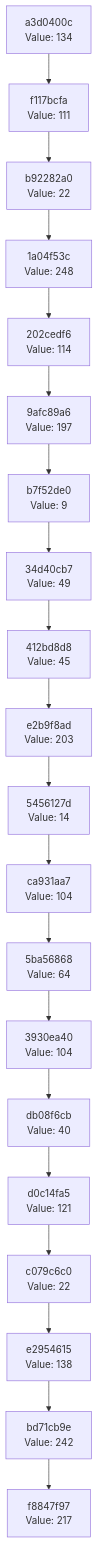
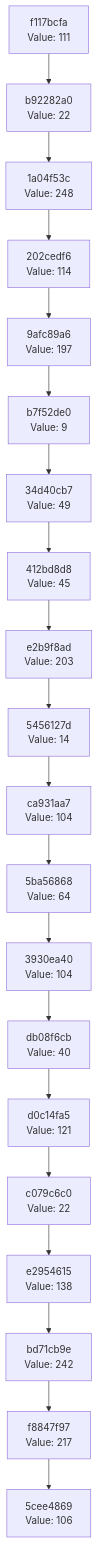
One commit to Abhisheksinha1506/hash-chain-evolver changed the diagram in docs/CHAIN_VISUALIZATION.md. Above: the diagram before and after it, drawn with Mermaid. The commit also changed 3 other files, not shown here.

````diff
--- a/docs/CHAIN_VISUALIZATION.md
+++ b/docs/CHAIN_VISUALIZATION.md
@@ -3,42 +3,42 @@
 ```mermaid
 graph TD
-    C0["f8847f97<br/>Value: 217"]
-    C1["bd71cb9e<br/>Value: 242"]
+    C0["5cee4869<br/>Value: 106"]
+    C1["f8847f97<br/>Value: 217"]
     C1 --> C0
-    C2["e2954615<br/>Value: 138"]
+    C2["bd71cb9e<br/>Value: 242"]
     C2 --> C1
-    C3["c079c6c0<br/>Value: 22"]
+    C3["e2954615<br/>Value: 138"]
     C3 --> C2
-    C4["d0c14fa5<br/>Value: 121"]
+    C4["c079c6c0<br/>Value: 22"]
     C4 --> C3
-    C5["db08f6cb<br/>Value: 40"]
+    C5["d0c14fa5<br/>Value: 121"]
     C5 --> C4
-    C6["3930ea40<br/>Value: 104"]
+    C6["db08f6cb<br/>Value: 40"]
     C6 --> C5
-    C7["5ba56868<br/>Value: 64"]
+    C7["3930ea40<br/>Value: 104"]
     C7 --> C6
-    C8["ca931aa7<br/>Value: 104"]
+    C8["5ba56868<br/>Value: 64"]
     C8 --> C7
-    C9["5456127d<br/>Value: 14"]
+    C9["ca931aa7<br/>Value: 104"]
     C9 --> C8
-    C10["e2b9f8ad<br/>Value: 203"]
+    C10["5456127d<br/>Value: 14"]
     C10 --> C9
-    C11["412bd8d8<br/>Value: 45"]
+    C11["e2b9f8ad<br/>Value: 203"]
     C11 --> C10
-    C12["34d40cb7<br/>Value: 49"]
+    C12["412bd8d8<br/>Value: 45"]
     C12 --> C11
-    C13["b7f52de0<br/>Value: 9"]
+    C13["34d40cb7<br/>Value: 49"]
     C13 --> C12
-    C14["9afc89a6<br/>Value: 197"]
+    C14["b7f52de0<br/>Value: 9"]
     C14 --> C13
-    C15["202cedf6<br/>Value: 114"]
+    C15["9afc89a6<br/>Value: 197"]
     C15 --> C14
-    C16["1a04f53c<br/>Value: 248"]
+    C16["202cedf6<br/>Value: 114"]
     C16 --> C15
-    C17["b92282a0<br/>Value: 22"]
+    C17["1a04f53c<br/>Value: 248"]
     C17 --> C16
-    C18["f117bcfa<br/>Value: 111"]
+    C18["b92282a0<br/>Value: 22"]
     C18 --> C17
-    C19["a3d0400c<br/>Value: 134"]
+    C19["f117bcfa<br/>Value: 111"]
     C19 --> C18
 ```
````
